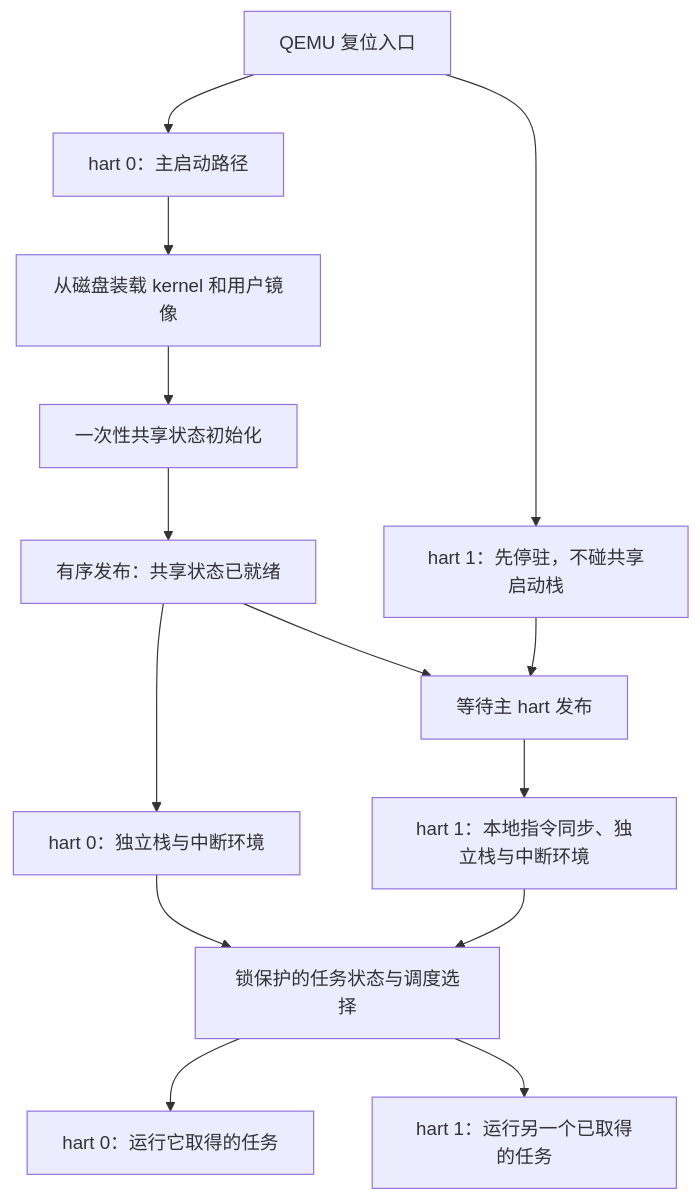
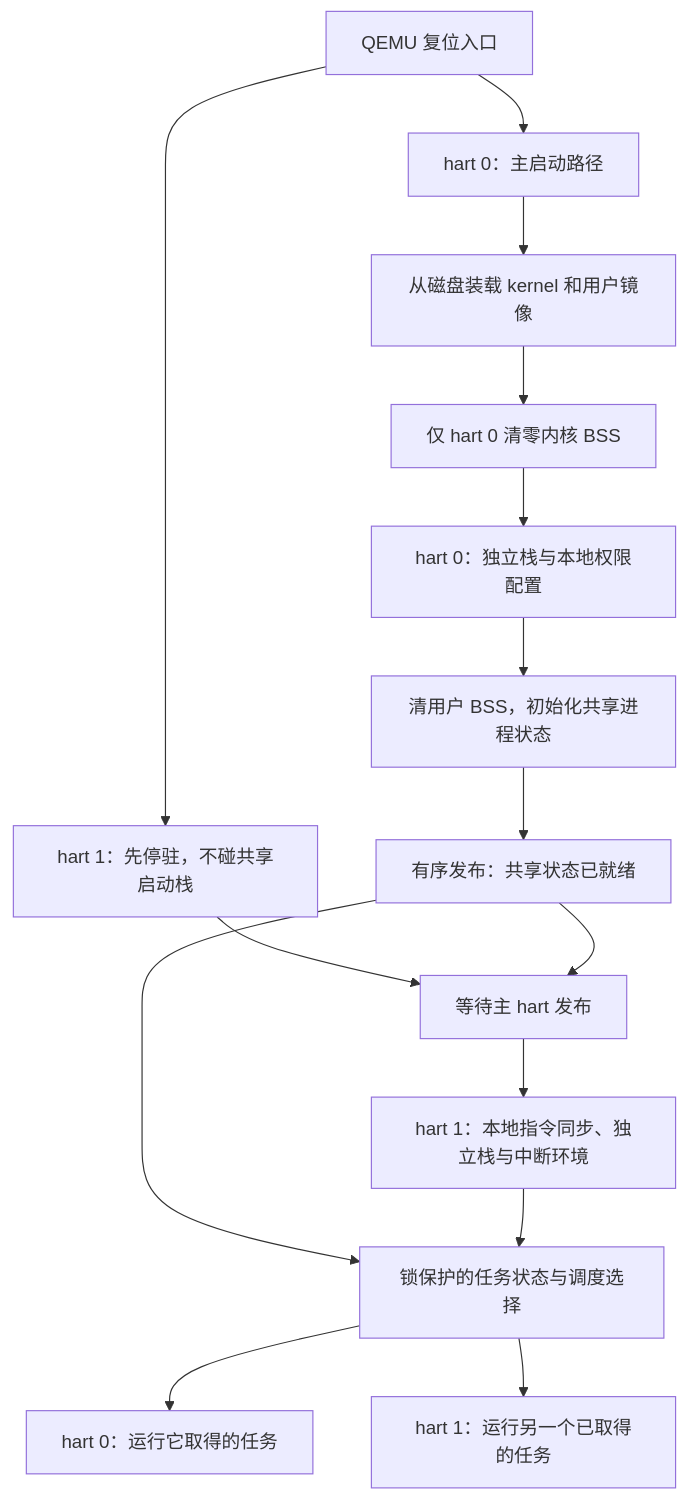
The diagram in content/posts/08-second-hart-shared-state-locks.md (xueliangliang/riscv-hello-blog), drawn with Mermaid before and after one commit. The commit also changed other lines of this file and 5 other files, not shown here.

````diff
--- a/content/posts/08-second-hart-shared-state-locks.md
+++ b/content/posts/08-second-hart-shared-state-locks.md
@@ -16,18 +18,20 @@
 ```mermaid
 flowchart TD
     accTitle: 两个 hart 的启动与共享状态发布
     accDescr: 主 hart 装载镜像并完成一次共享初始化，次 hart 先停驻；发布后两个 hart 各自使用独立栈和特权配置，调度器通过锁保护共享任务状态。
     R[QEMU 复位入口] --> H0[hart 0：主启动路径]
     R --> H1[hart 1：先停驻，不碰共享启动栈]
     H0 --> L[从磁盘装载 kernel 和用户镜像]
-    L --> I[一次性共享状态初始化]
+    L --> B[仅 hart 0 清零内核 BSS]
+    B --> K0[hart 0：独立栈与本地权限配置]
+    K0 --> I[清用户 BSS，初始化共享进程状态]
     I --> P[有序发布：共享状态已就绪]
-    P --> K0[hart 0：独立栈与中断环境]
+
     H1 --> W[等待主 hart 发布]
     P --> W
     W --> K1[hart 1：本地指令同步、独立栈与中断环境]
-    K0 --> S[锁保护的任务状态与调度选择]
+    P --> S[锁保护的任务状态与调度选择]
     K1 --> S
     S --> U0[hart 0：运行它取得的任务]
     S --> U1[hart 1：运行另一个已取得的任务]
 ```
````
